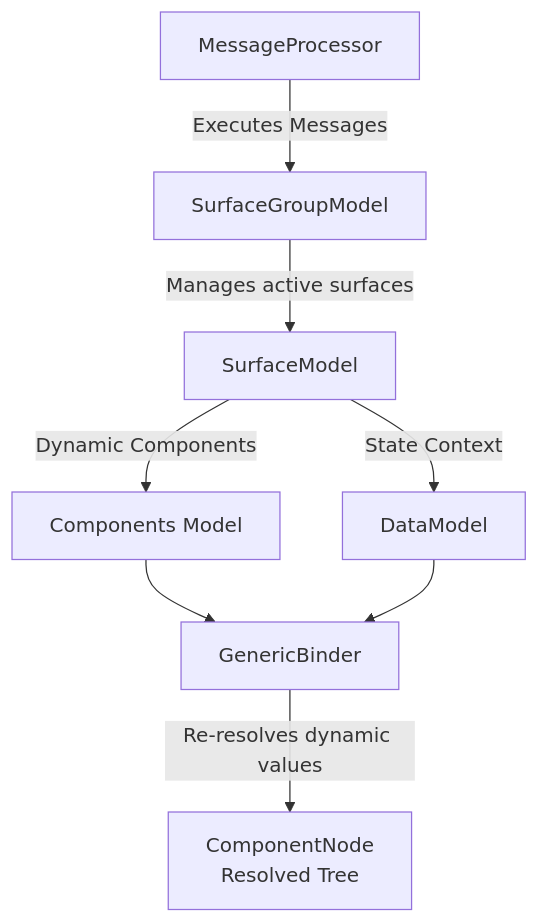
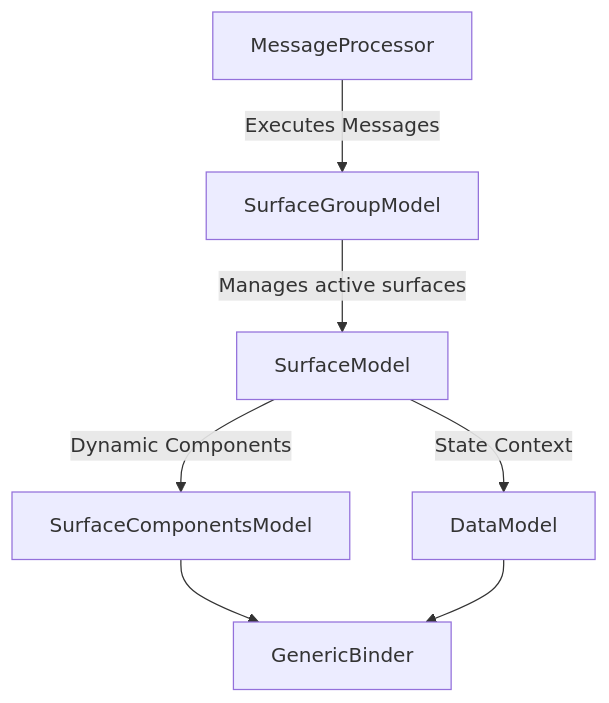
One commit to a2ui-project/a2ui changed the diagram in python/a2ui_core/README.md. Above: the diagram before and after it, drawn with Mermaid. The commit also changed other lines of this file and 12 other files, not shown here.

Commit message:
feat(a2ui_core): remove NodeGraph, NodeResolver, and ComponentNode from python a2ui_core

````diff
--- a/python/a2ui_core/README.md
+++ b/python/a2ui_core/README.md
@@ -22,10 +22,9 @@
 ```mermaid
 graph TD
     MP[MessageProcessor] -->|Executes Messages| SGM[SurfaceGroupModel]
     SGM -->|Manages active surfaces| SM[SurfaceModel]
-    SM -->|Dynamic Components| SCM[Components Model]
+    SM -->|Dynamic Components| SCM[SurfaceComponentsModel]
     SM -->|State Context| DM[DataModel]
     SCM --> GB[GenericBinder]
     DM --> GB
-    GB -->|Re-resolves dynamic values| CN[ComponentNode<br/>Resolved Tree]
 ```
````
